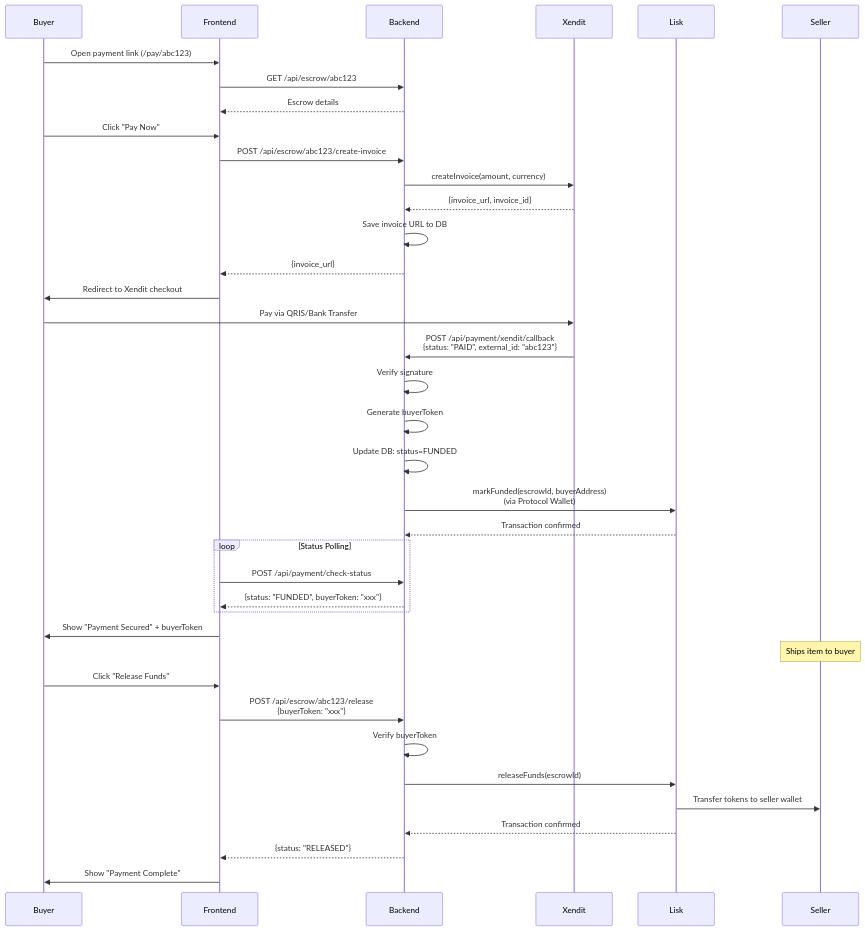
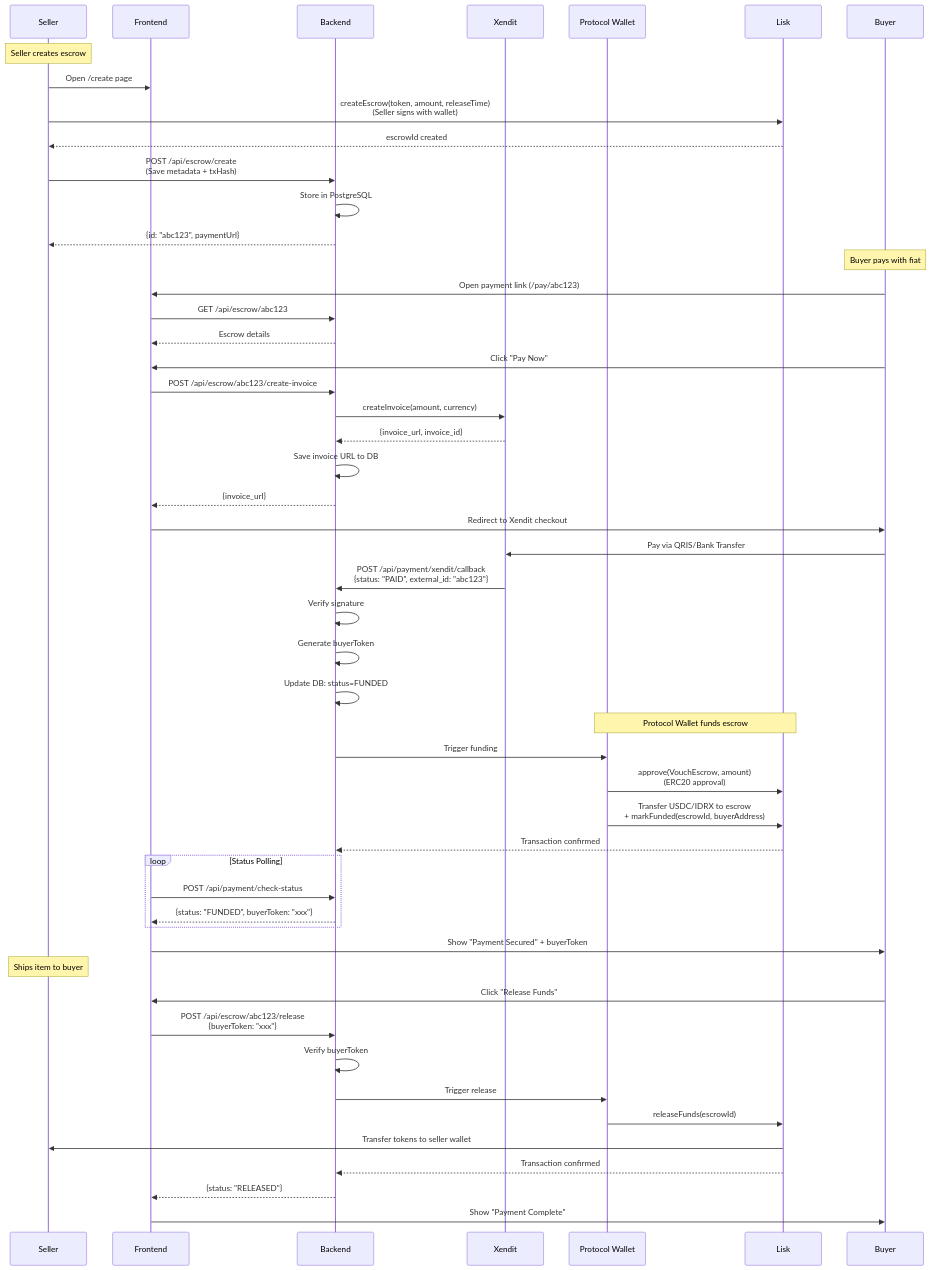
The third of 4 diagrams in README.md (pramadanif/vouch), drawn with Mermaid before and after one commit. The commit also changed other lines of this file, not shown here.

````diff
--- a/README.md
+++ b/README.md
@@ -294,49 +299,63 @@
 ```mermaid
 sequenceDiagram
-    participant Buyer
+    participant Seller
     participant Frontend
     participant Backend
     participant Xendit
+    participant ProtocolWallet as Protocol Wallet
     participant Lisk
-    participant Seller
+    participant Buyer
 
+    Note over Seller: Seller creates escrow
+    Seller->>Frontend: Open /create page
+    Seller->>Lisk: createEscrow(token, amount, releaseTime)<br/>(Seller signs with wallet)
+    Lisk-->>Seller: escrowId created
+    Seller->>Backend: POST /api/escrow/create<br/>(Save metadata + txHash)
+    Backend->>Backend: Store in PostgreSQL
+    Backend-->>Seller: {id: "abc123", paymentUrl}
+    
+    Note over Buyer: Buyer pays with fiat
     Buyer->>Frontend: Open payment link (/pay/abc123)
     Frontend->>Backend: GET /api/escrow/abc123
     Backend-->>Frontend: Escrow details
 
     Buyer->>Frontend: Click "Pay Now"
     Frontend->>Backend: POST /api/escrow/abc123/create-invoice
     Backend->>Xendit: createInvoice(amount, currency)
     Xendit-->>Backend: {invoice_url, invoice_id}
     Backend->>Backend: Save invoice URL to DB
     Backend-->>Frontend: {invoice_url}
     
     Frontend->>Buyer: Redirect to Xendit checkout
     Buyer->>Xendit: Pay via QRIS/Bank Transfer
     Xendit->>Backend: POST /api/payment/xendit/callback<br/>{status: "PAID", external_id: "abc123"}
     
     Backend->>Backend: Verify signature
     Backend->>Backend: Generate buyerToken
     Backend->>Backend: Update DB: status=FUNDED
     
-    Backend->>Lisk: markFunded(escrowId, buyerAddress)<br/>(via Protocol Wallet)
+    Note over ProtocolWallet,Lisk: Protocol Wallet funds escrow
+    Backend->>ProtocolWallet: Trigger funding
+    ProtocolWallet->>Lisk: approve(VouchEscrow, amount)<br/>(ERC20 approval)
+    ProtocolWallet->>Lisk: Transfer USDC/IDRX to escrow<br/>+ markFunded(escrowId, buyerAddress)
     Lisk-->>Backend: Transaction confirmed
     
     loop Status Polling
         Frontend->>Backend: POST /api/payment/check-status
         Backend-->>Frontend: {status: "FUNDED", buyerToken: "xxx"}
     end
     
     Frontend->>Buyer: Show "Payment Secured" + buyerToken
     
     Note over Seller: Ships item to buyer
     
     Buyer->>Frontend: Click "Release Funds"
     Frontend->>Backend: POST /api/escrow/abc123/release<br/>{buyerToken: "xxx"}
     Backend->>Backend: Verify buyerToken
-    Backend->>Lisk: releaseFunds(escrowId)
+    Backend->>ProtocolWallet: Trigger release
+    ProtocolWallet->>Lisk: releaseFunds(escrowId)
     Lisk->>Seller: Transfer tokens to seller wallet
     Lisk-->>Backend: Transaction confirmed
     Backend-->>Frontend: {status: "RELEASED"}
     Frontend->>Buyer: Show "Payment Complete"
 ```
````
